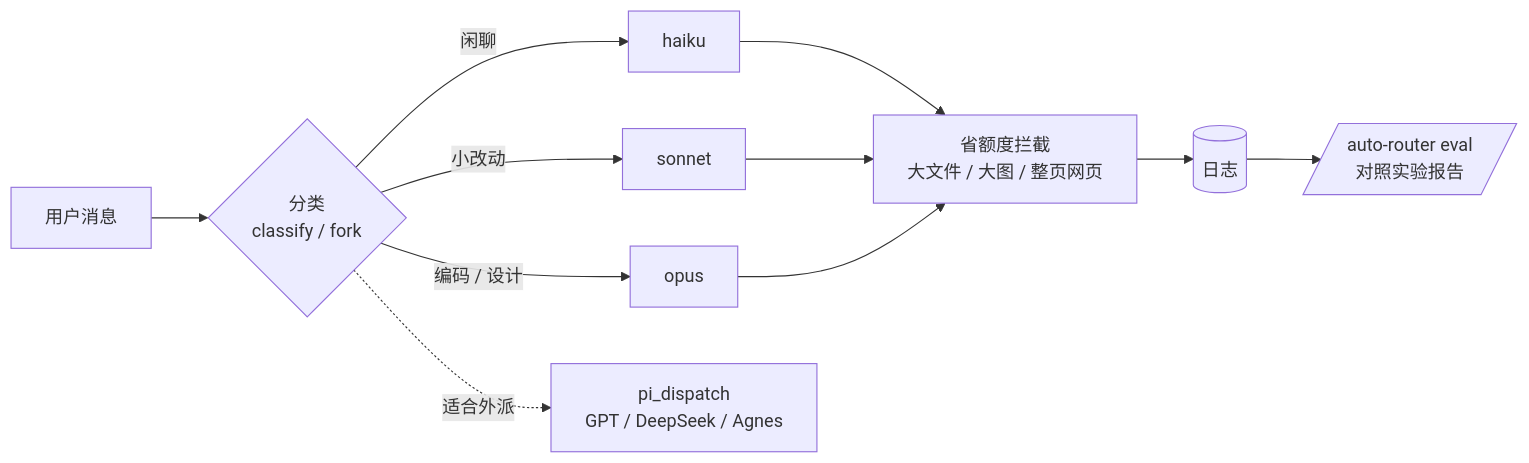
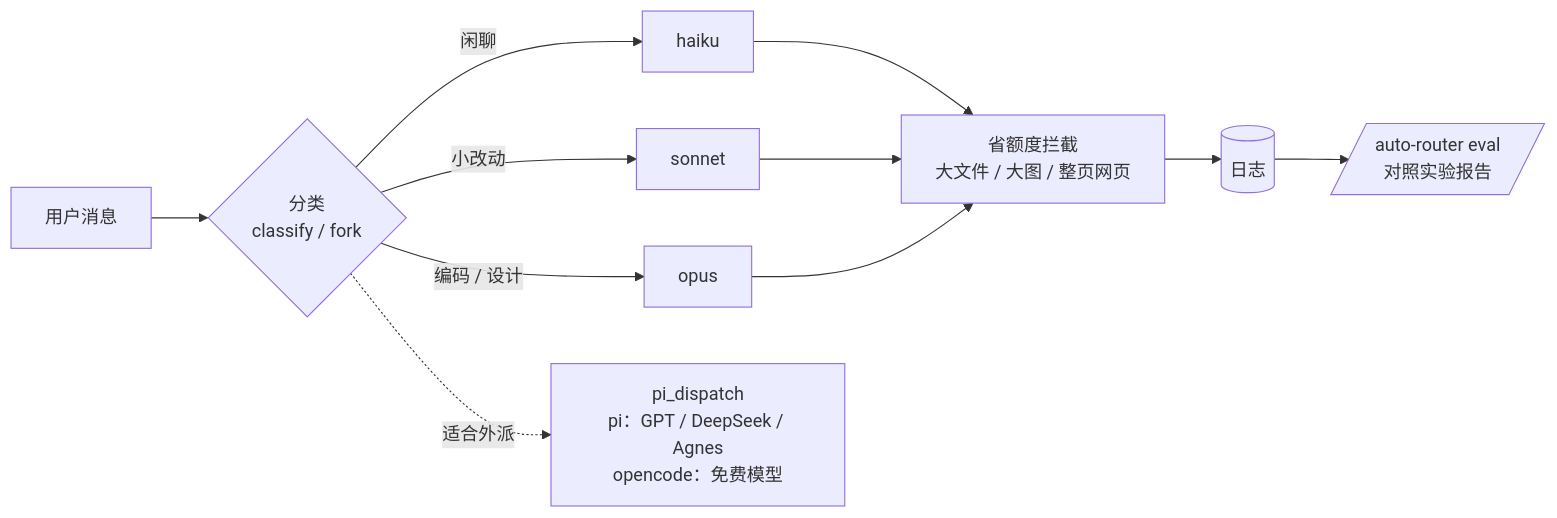
Before and after one commit to chinbor/auto-router: the diagram in README.md, drawn with Mermaid. The commit also changed other lines of this file and 20 other files, not shown here.

````diff
--- a/README.md
+++ b/README.md
@@ -12,10 +16,10 @@
 ```mermaid
 flowchart LR
     P[用户消息] --> C{分类<br/>classify / fork}
     C -->|闲聊| H[haiku]
     C -->|小改动| S[sonnet]
     C -->|编码 / 设计| O[opus]
-    C -.适合外派.-> PI[pi_dispatch<br/>GPT / DeepSeek / Agnes]
+    C -.适合外派.-> PI[pi_dispatch<br/>pi：GPT / DeepSeek / Agnes<br/>opencode：免费模型]
     H & S & O --> G[省额度拦截<br/>大文件 / 大图 / 整页网页]
     G --> L[(日志)] --> E[/auto-router eval<br/>对照实验报告/]
 ```
````
